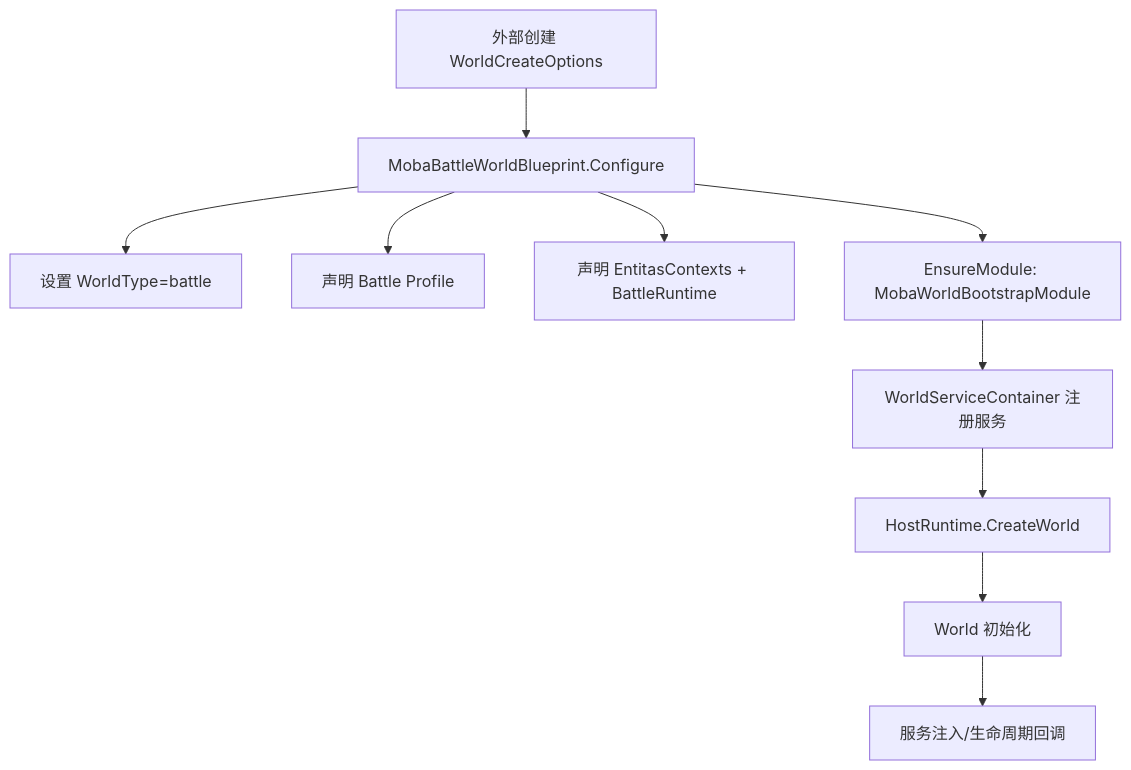
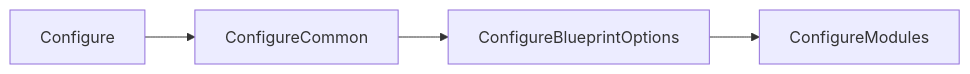
The first of 2 diagrams in Docs/design/09-ImplementationExamples/MOBA/01-WorldAndBootstrap.md (Kurumioi/AbilityKit), drawn with Mermaid before and after one commit. The commit also changed other lines of this file and 118 other files, not shown here.

````diff
--- a/Docs/design/09-ImplementationExamples/MOBA/01-WorldAndBootstrap.md
+++ b/Docs/design/09-ImplementationExamples/MOBA/01-WorldAndBootstrap.md
@@ -33,12 +66,6 @@
 ```mermaid
-flowchart TD
-    A[外部创建 WorldCreateOptions] --> B[MobaBattleWorldBlueprint.Configure]
-    B --> C[设置 WorldType=battle]
-    B --> D[声明 Battle Profile]
-    B --> E[声明 EntitasContexts + BattleRuntime]
-    B --> F[EnsureModule: MobaWorldBootstrapModule]
-    F --> G[WorldServiceContainer 注册服务]
-    G --> H[HostRuntime.CreateWorld]
-    H --> I[World 初始化]
-    I --> J[服务注入/生命周期回调]
+flowchart LR
+    A[Configure] --> B[ConfigureCommon]
+    B --> C[ConfigureBlueprintOptions]
+    C --> D[ConfigureModules]
 ```
````
